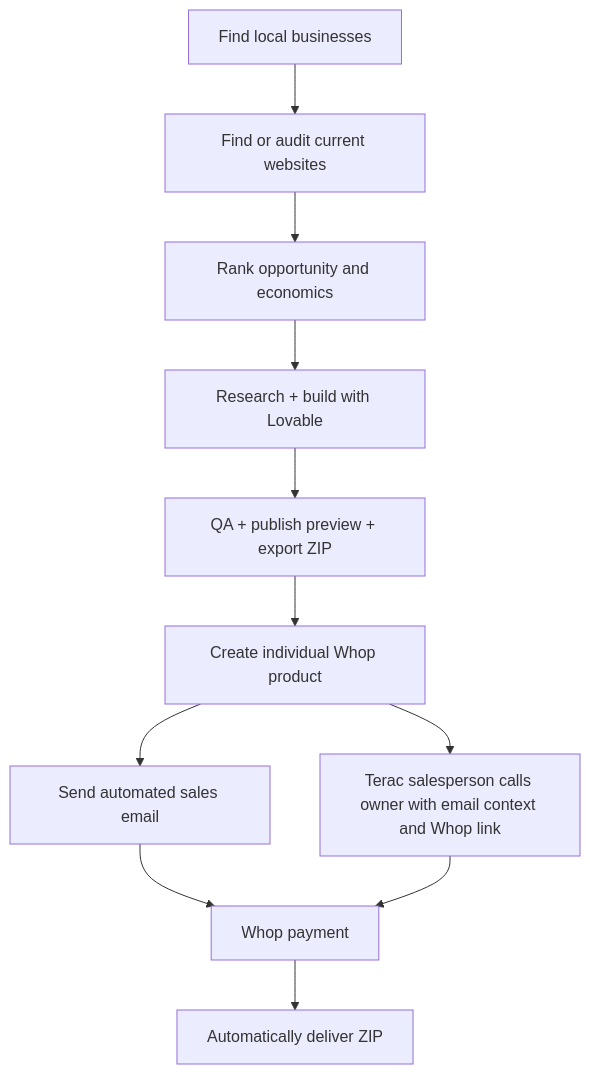
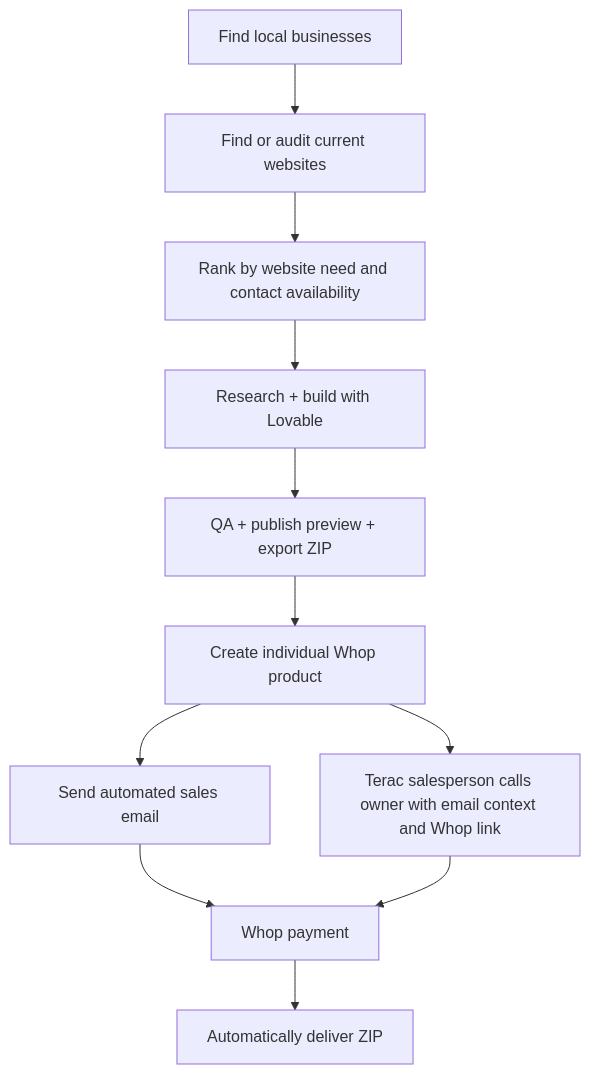
The diagram in sidewalk-ai-hackathon-spec.md (ishwantsingh/sidewalk), drawn with Mermaid before and after one commit. The commit also changed other lines of this file and 21 other files, not shown here.

````diff
--- a/sidewalk-ai-hackathon-spec.md
+++ b/sidewalk-ai-hackathon-spec.md
@@ -13,13 +13,13 @@
 ```mermaid
 flowchart TD
   A["Find local businesses"] --> B["Find or audit current websites"]
-  B --> C["Rank opportunity and economics"]
+  B --> C["Rank by website need and contact availability"]
   C --> D["Research + build with Lovable"]
   D --> E["QA + publish preview + export ZIP"]
   E --> F["Create individual Whop product"]
   F --> M["Send automated sales email"]
   F --> G["Terac salesperson calls owner with email context and Whop link"]
   M --> H
   G --> H["Whop payment"]
   H --> I["Automatically deliver ZIP"]
 ```
````
